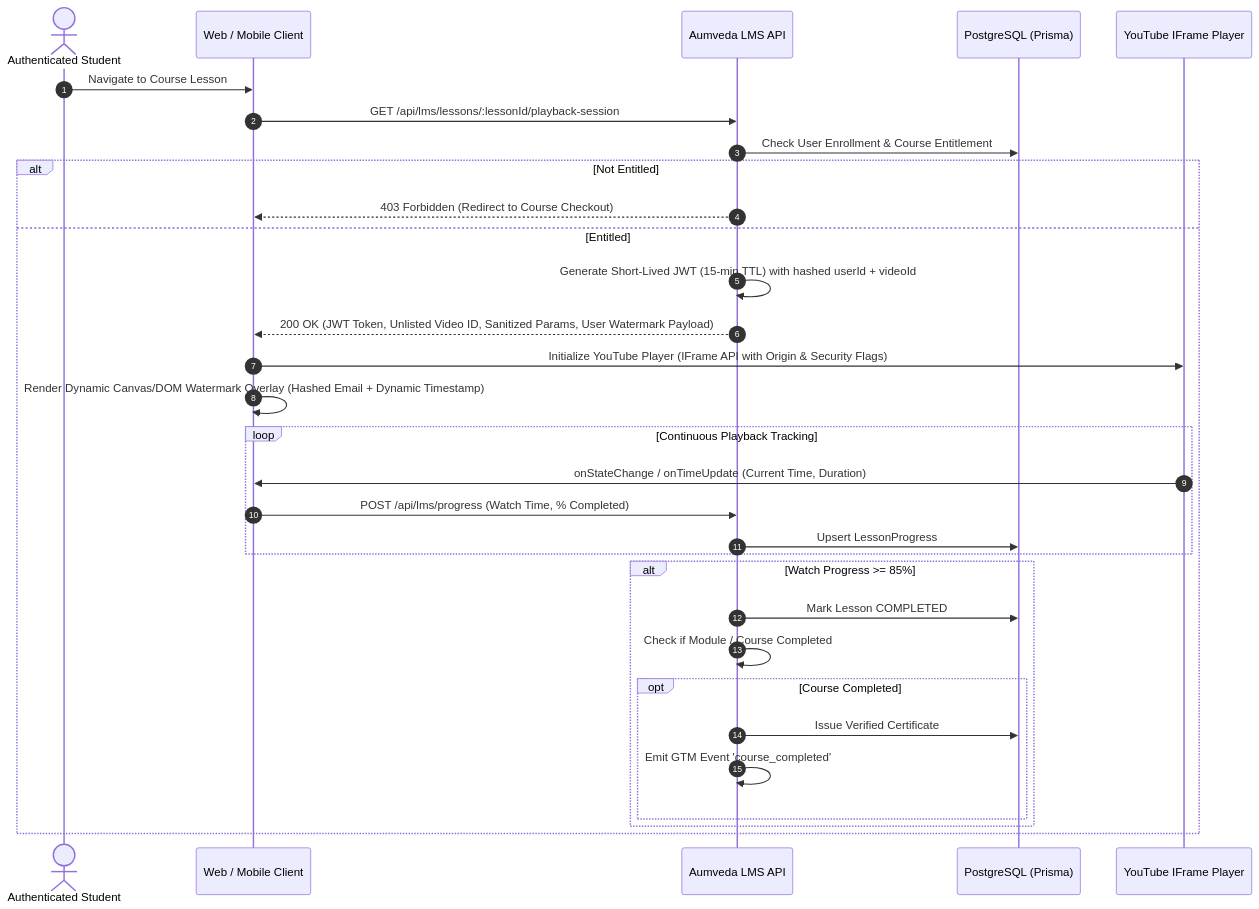
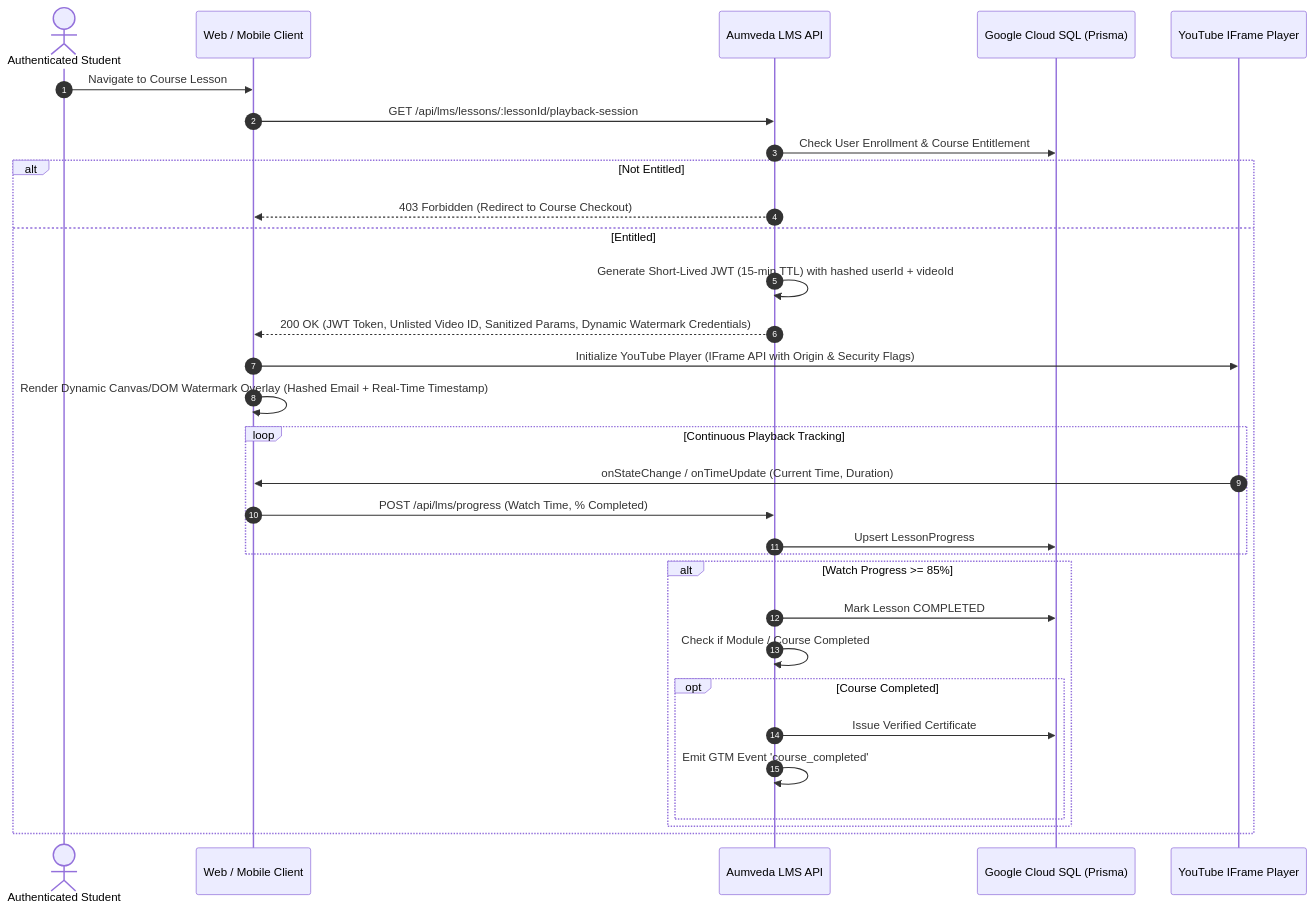
Before and after one commit to QalaLabs/aumveda-website: the third of 5 diagrams in AUMVEDA_MASTER_PRD_v4.md, drawn with Mermaid. The commit also changed other lines of this file and 73 other files, not shown here.

````diff
--- a/AUMVEDA_MASTER_PRD_v4.md
+++ b/AUMVEDA_MASTER_PRD_v4.md
@@ -132,34 +225,34 @@
 ```mermaid
 sequenceDiagram
     autonumber
     actor User as Authenticated Student
     participant Web as Web / Mobile Client
     participant API as Aumveda LMS API
-    participant DB as PostgreSQL (Prisma)
+    participant DB as Google Cloud SQL (Prisma)
     participant YT as YouTube IFrame Player
     
     User->>Web: Navigate to Course Lesson
     Web->>API: GET /api/lms/lessons/:lessonId/playback-session
     API->>DB: Check User Enrollment & Course Entitlement
     alt Not Entitled
         API-->>Web: 403 Forbidden (Redirect to Course Checkout)
     else Entitled
         API->>API: Generate Short-Lived JWT (15-min TTL) with hashed userId + videoId
-        API-->>Web: 200 OK (JWT Token, Unlisted Video ID, Sanitized Params, User Watermark Payload)
+        API-->>Web: 200 OK (JWT Token, Unlisted Video ID, Sanitized Params, Dynamic Watermark Credentials)
         Web->>YT: Initialize YouTube Player (IFrame API with Origin & Security Flags)
-        Web->>Web: Render Dynamic Canvas/DOM Watermark Overlay (Hashed Email + Dynamic Timestamp)
+        Web->>Web: Render Dynamic Canvas/DOM Watermark Overlay (Hashed Email + Real-Time Timestamp)
         loop Continuous Playback Tracking
             YT->>Web: onStateChange / onTimeUpdate (Current Time, Duration)
             Web->>API: POST /api/lms/progress (Watch Time, % Completed)
             API->>DB: Upsert LessonProgress
         end
         alt Watch Progress >= 85%
             API->>DB: Mark Lesson COMPLETED
             API->>API: Check if Module / Course Completed
             opt Course Completed
                 API->>DB: Issue Verified Certificate
                 API->>API: Emit GTM Event 'course_completed'
             end
         end
     end
 ```
````
